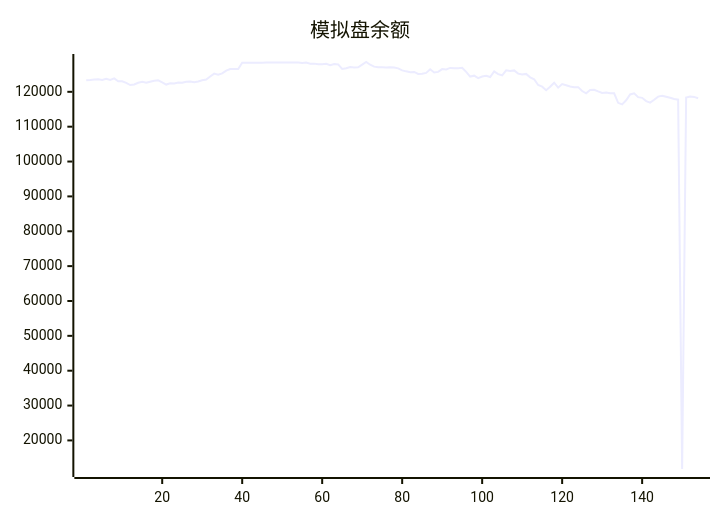
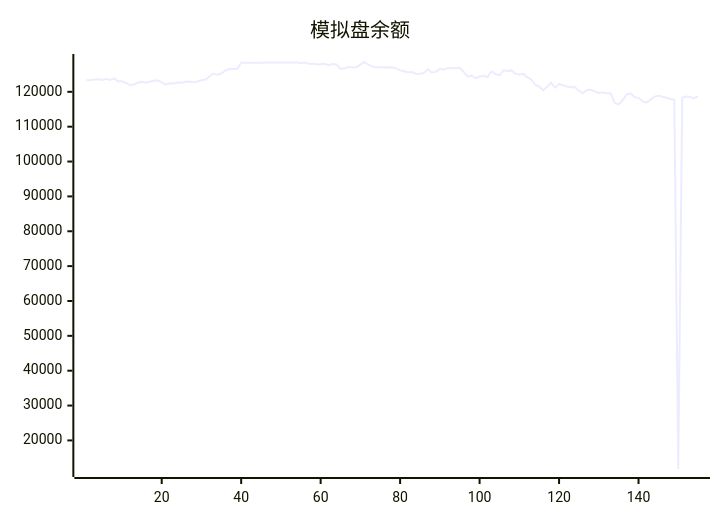
Before and after one commit to aahl/ai-trading: the diagram in README.md, drawn with Mermaid. The commit also changed other lines of this file and 1 other file, not shown here.

````diff
--- a/README.md
+++ b/README.md
@@ -5,5 +5,5 @@
 ```mermaid
 xychart
     title "模拟盘余额"
-    line [123338,123402,123530,123592,123378,123745,123413,123853,123009,123040,122557,121938,122095,122599,122856,122597,122898,123160,123319,122719,122087,122454,122416,122685,122592,122907,122961,122776,122981,123295,123507,124403,125224,124894,125303,126088,126544,126534,126549,128335,128318,128318,128318,128318,128318,128424,128424,128424,128424,128424,128424,128424,128424,128424,128247,128412,128062,128087,127917,127901,128026,127611,128000,127850,126572,126770,127100,126971,127029,127783,128554,127765,127224,127064,127044,127009,127025,127004,126738,126152,125871,125635,125707,125117,125217,125420,126480,125545,125715,126511,126424,126856,126764,126788,126890,125710,124381,124632,123936,124402,124574,124256,125833,125070,124739,126154,125966,126145,125213,124943,125143,124157,123604,121959,121476,120476,121470,122610,121201,122221,121889,121522,121332,121344,120232,119559,120513,120577,120108,119680,119777,119572,119568,116839,116392,117573,119250,119585,118469,118277,117338,116897,117706,118628,118849,118579,118280,117926,117735,11802,118373,118639,118544,118136]
+    line [123338,123402,123530,123592,123378,123745,123413,123853,123009,123040,122557,121938,122095,122599,122856,122597,122898,123160,123319,122719,122087,122454,122416,122685,122592,122907,122961,122776,122981,123295,123507,124403,125224,124894,125303,126088,126544,126534,126549,128335,128318,128318,128318,128318,128318,128424,128424,128424,128424,128424,128424,128424,128424,128424,128247,128412,128062,128087,127917,127901,128026,127611,128000,127850,126572,126770,127100,126971,127029,127783,128554,127765,127224,127064,127044,127009,127025,127004,126738,126152,125871,125635,125707,125117,125217,125420,126480,125545,125715,126511,126424,126856,126764,126788,126890,125710,124381,124632,123936,124402,124574,124256,125833,125070,124739,126154,125966,126145,125213,124943,125143,124157,123604,121959,121476,120476,121470,122610,121201,122221,121889,121522,121332,121344,120232,119559,120513,120577,120108,119680,119777,119572,119568,116839,116392,117573,119250,119585,118469,118277,117338,116897,117706,118628,118849,118579,118280,117926,117735,11802,118373,118639,118544,118136,118798]
 ```
````
